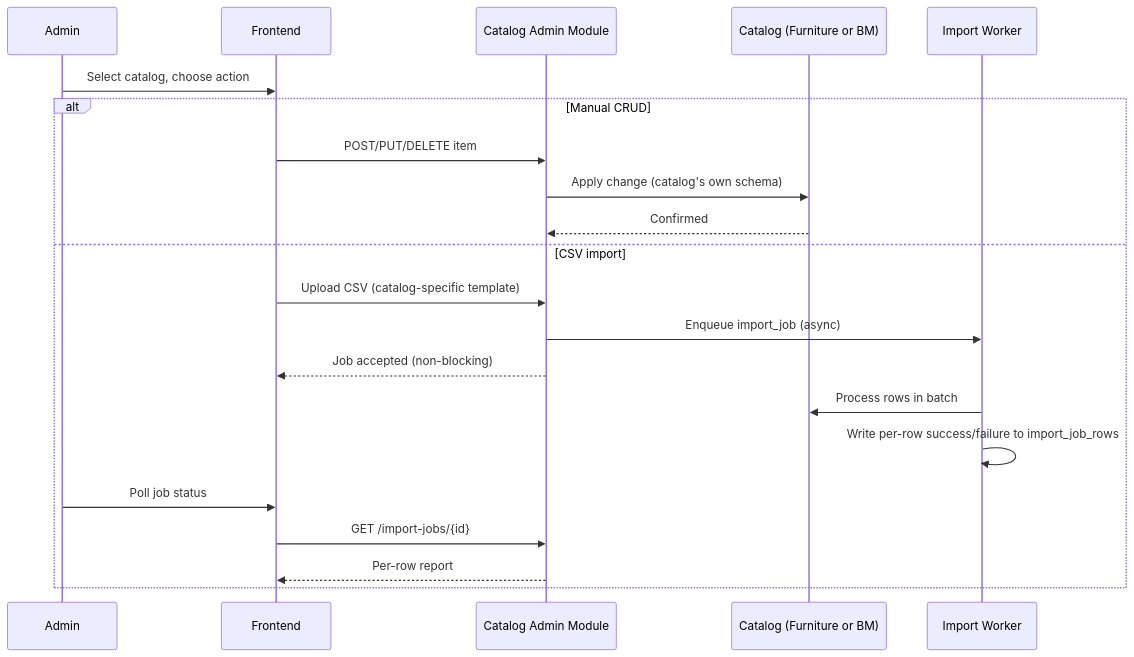
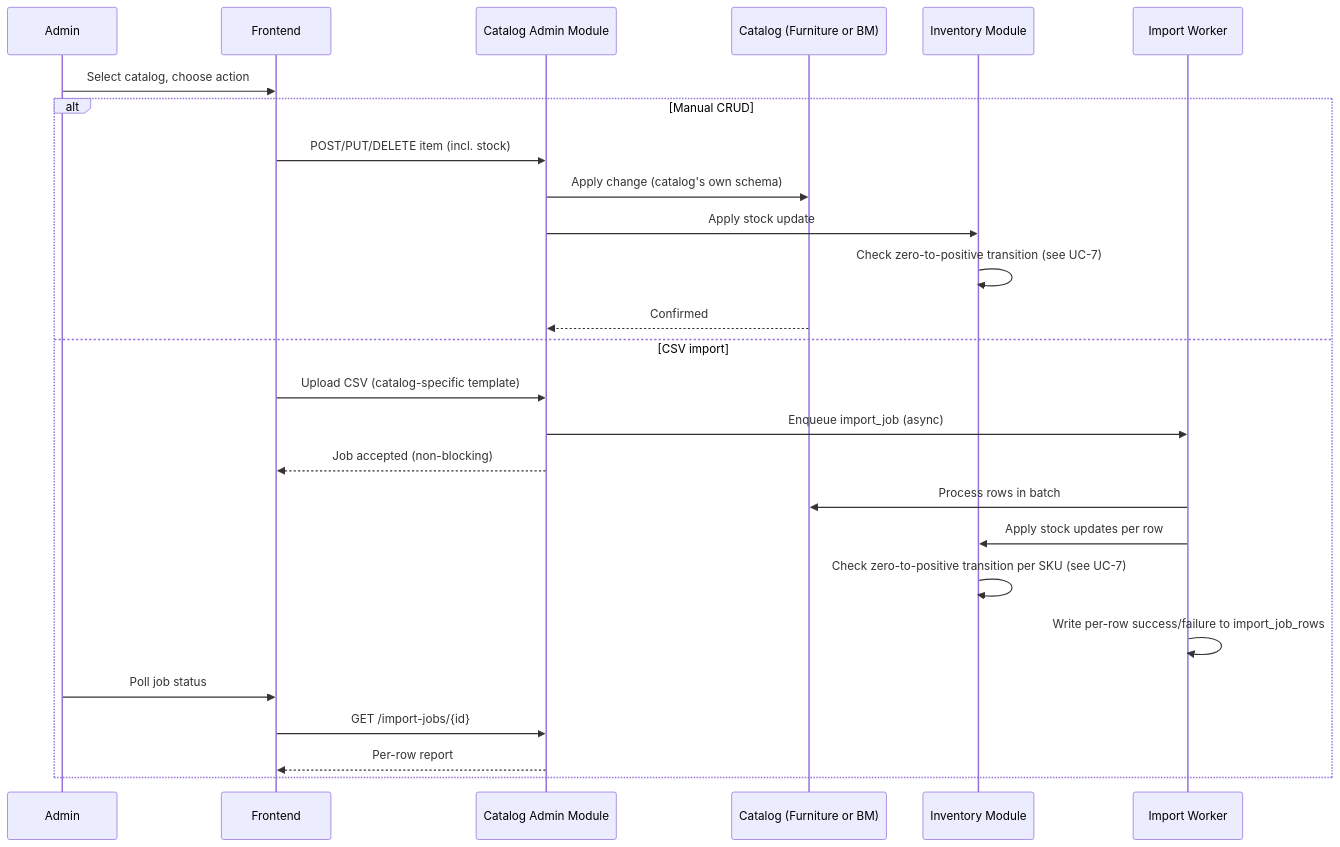
One commit to DzmitryKamashkaInt/business_analysys_pipeline changed the seventh of 11 diagrams in projects/rumica-starter/ready-for-evaluation/architecture-specification.md. Above: the diagram before and after it, drawn with Mermaid. The commit also changed other lines of this file and 1 other file, not shown here.

````diff
--- a/projects/rumica-starter/ready-for-evaluation/architecture-specification.md
+++ b/projects/rumica-starter/ready-for-evaluation/architecture-specification.md
@@ -222,24 +234,29 @@
 ```mermaid
 sequenceDiagram
     participant A as Admin
     participant FE as Frontend
     participant CatAdmin as Catalog Admin Module
     participant Cat as Catalog (Furniture or BM)
+    participant Inv as Inventory Module
     participant Job as Import Worker
 
     A->>FE: Select catalog, choose action
     alt Manual CRUD
-        FE->>CatAdmin: POST/PUT/DELETE item
+        FE->>CatAdmin: POST/PUT/DELETE item (incl. stock)
         CatAdmin->>Cat: Apply change (catalog's own schema)
+        CatAdmin->>Inv: Apply stock update
+        Inv->>Inv: Check zero-to-positive transition (see UC-7)
         Cat-->>CatAdmin: Confirmed
     else CSV import
         FE->>CatAdmin: Upload CSV (catalog-specific template)
         CatAdmin->>Job: Enqueue import_job (async)
         CatAdmin-->>FE: Job accepted (non-blocking)
         Job->>Cat: Process rows in batch
+        Job->>Inv: Apply stock updates per row
+        Inv->>Inv: Check zero-to-positive transition per SKU (see UC-7)
         Job->>Job: Write per-row success/failure to import_job_rows
         A->>FE: Poll job status
         FE->>CatAdmin: GET /import-jobs/{id}
         CatAdmin-->>FE: Per-row report
     end
 ```
````
